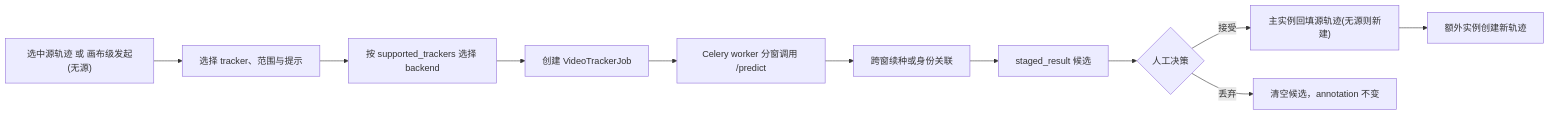
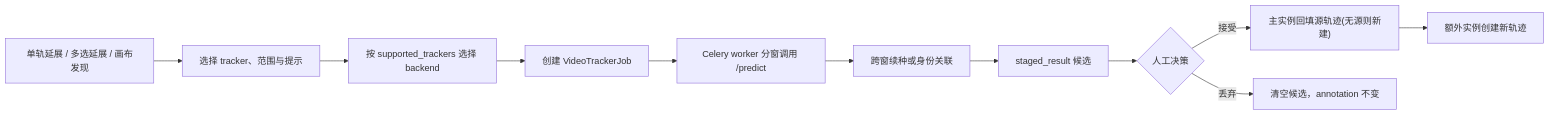
The diagram in docs-site/dev/concepts/video-ai-tracking.md (yyq19990828/ai-annotation-platform), drawn with Mermaid before and after one commit. The commit also changed other lines of this file and 28 other files, not shown here.

````diff
--- a/docs-site/dev/concepts/video-ai-tracking.md
+++ b/docs-site/dev/concepts/video-ai-tracking.md
@@ -26,13 +26,13 @@
 ```mermaid
 flowchart LR
-    A["选中源轨迹 或 画布级发起(无源)"] --> B["选择 tracker、范围与提示"]
+    A["单轨延展 / 多选延展 / 画布发现"] --> B["选择 tracker、范围与提示"]
     B --> C["按 supported_trackers 选择 backend"]
     C --> D["创建 VideoTrackerJob"]
     D --> E["Celery worker 分窗调用 /predict"]
     E --> F["跨窗续种或身份关联"]
     F --> G["staged_result 候选"]
     G --> H{"人工决策"}
     H -->|接受| I["主实例回填源轨迹(无源则新建)"]
     I --> J["额外实例创建新轨迹"]
     H -->|丢弃| K["清空候选，annotation 不变"]
 ```
````
